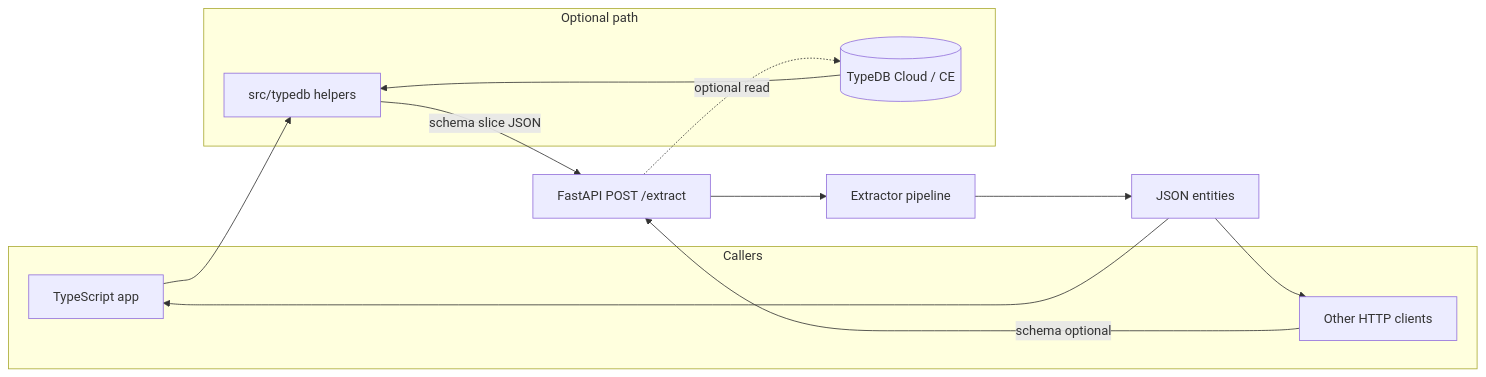
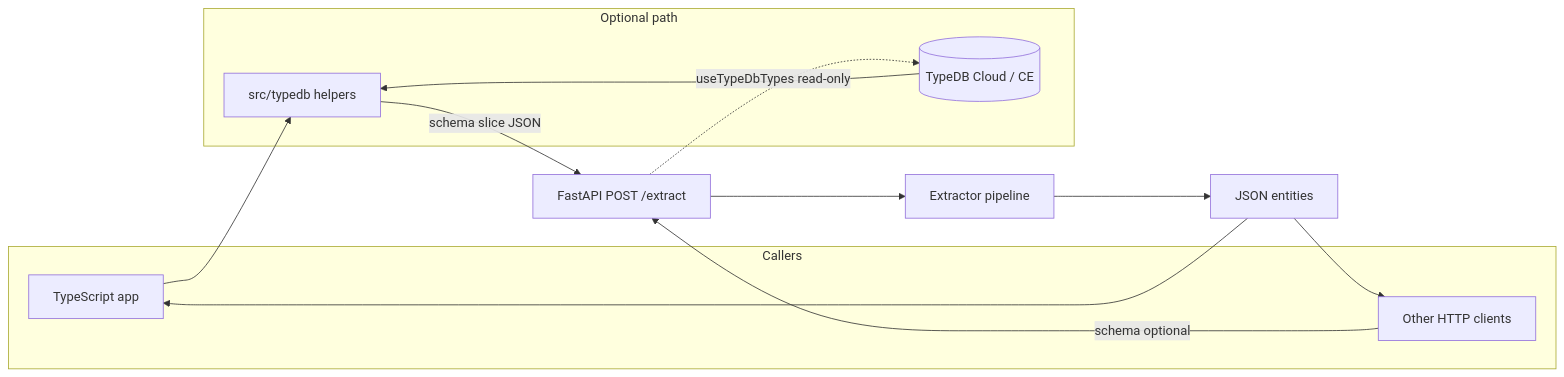
The diagram in docs/USER_AND_AGENT_GUIDE.md (Studio13-NYC/entity-service), drawn with Mermaid before and after one commit. The commit also changed other lines of this file and 29 other files, not shown here.

First line of the commit message:
feat(groovegraph): useTypeDbTypes, typeCandidates, RAW discovery, pipeline logs

````diff
--- a/docs/USER_AND_AGENT_GUIDE.md
+++ b/docs/USER_AND_AGENT_GUIDE.md
@@ -39,23 +39,23 @@
 ```mermaid
 flowchart LR
   subgraph callers [Callers]
     TS[TypeScript app]
     Other[Other HTTP clients]
   end
 
   subgraph optional [Optional path]
     TDB[(TypeDB Cloud / CE)]
     THelpers[src/typedb helpers]
     TDB --> THelpers
   end
 
   TS --> THelpers
   THelpers -->|schema slice JSON| API
   Other -->|schema optional| API
   API[FastAPI POST /extract]
   API --> Pipe[Extractor pipeline]
   Pipe --> Resp[JSON entities]
   Resp --> TS
   Resp --> Other
-  API -. optional read .-> TDB
+  API -. useTypeDbTypes read-only .-> TDB
 ```
````
